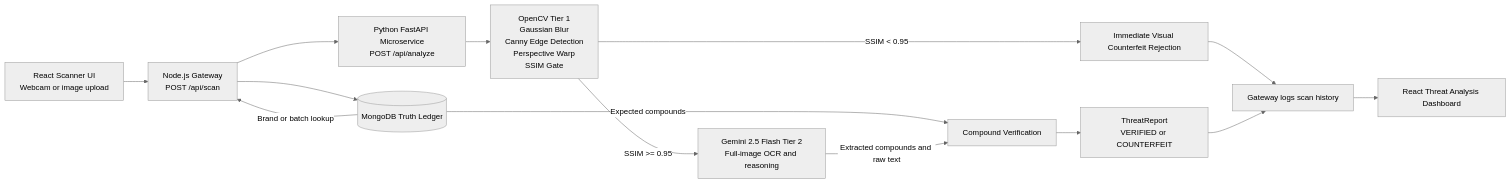
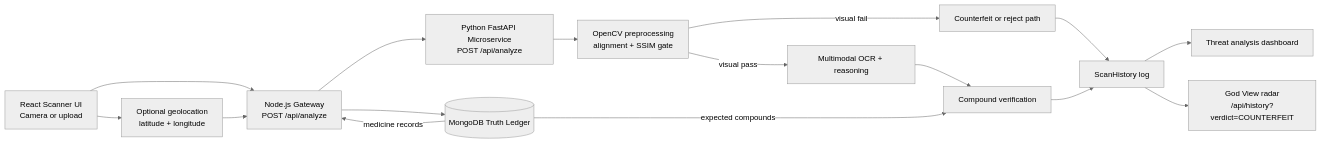
Before and after one commit to Gagan021-5/OptiPharma: the diagram in README.md, drawn with Mermaid (neutral theme). The commit also changed other lines of this file, not shown here.

````diff
--- a/README.md
+++ b/README.md
@@ -53,19 +65,22 @@
 ```mermaid
 flowchart LR
-    A[React Scanner UI\nWebcam or image upload] --> B[Node.js Gateway\nPOST /api/scan]
-    B --> C[(MongoDB Truth Ledger)]
-    C -->|Brand or batch lookup| B
-    B --> D[Python FastAPI Microservice\nPOST /api/analyze]
+    A[React Scanner UI\nCamera or upload] --> B[Optional geolocation\nlatitude + longitude]
+    A --> C[Node.js Gateway\nPOST /api/analyze]
+    B --> C
 
-    D --> E[OpenCV Tier 1\nGaussian Blur\nCanny Edge Detection\nPerspective Warp\nSSIM Gate]
-    E -->|SSIM < 0.95| F[Immediate Visual Counterfeit Rejection]
-    E -->|SSIM >= 0.95| G[Gemini 2.5 Flash Tier 2\nFull-image OCR and reasoning]
+    C --> D[(MongoDB Truth Ledger)]
+    D -->|medicine records| C
 
-    C -->|Expected compounds| H[Compound Verification]
-    G -->|Extracted compounds and raw text| H
-    H --> I[ThreatReport\nVERIFIED or COUNTERFEIT]
+    C --> E[Python FastAPI Microservice\nPOST /api/analyze]
+    E --> F[OpenCV preprocessing\nalignment + SSIM gate]
+    F -->|visual fail| G[Counterfeit or reject path]
+    F -->|visual pass| H[Multimodal OCR + reasoning]
+    H --> I[Compound verification]
+    D -->|expected compounds| I
 
-    F --> J[Gateway logs scan history]
+    G --> J[ScanHistory log]
     I --> J
-    J --> K[React Threat Analysis Dashboard]
+
+    J --> K[Threat analysis dashboard]
+    J --> L[God View radar\n/api/history?verdict=COUNTERFEIT]
 ```
````
